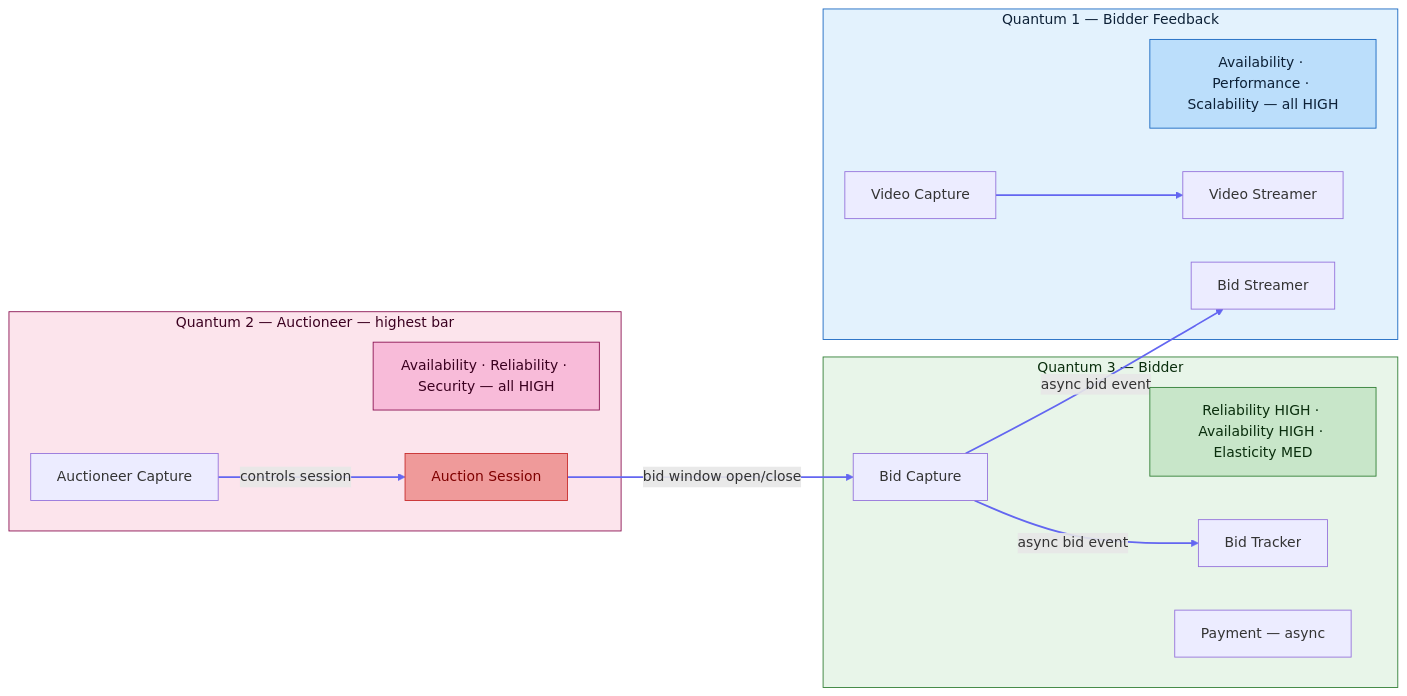
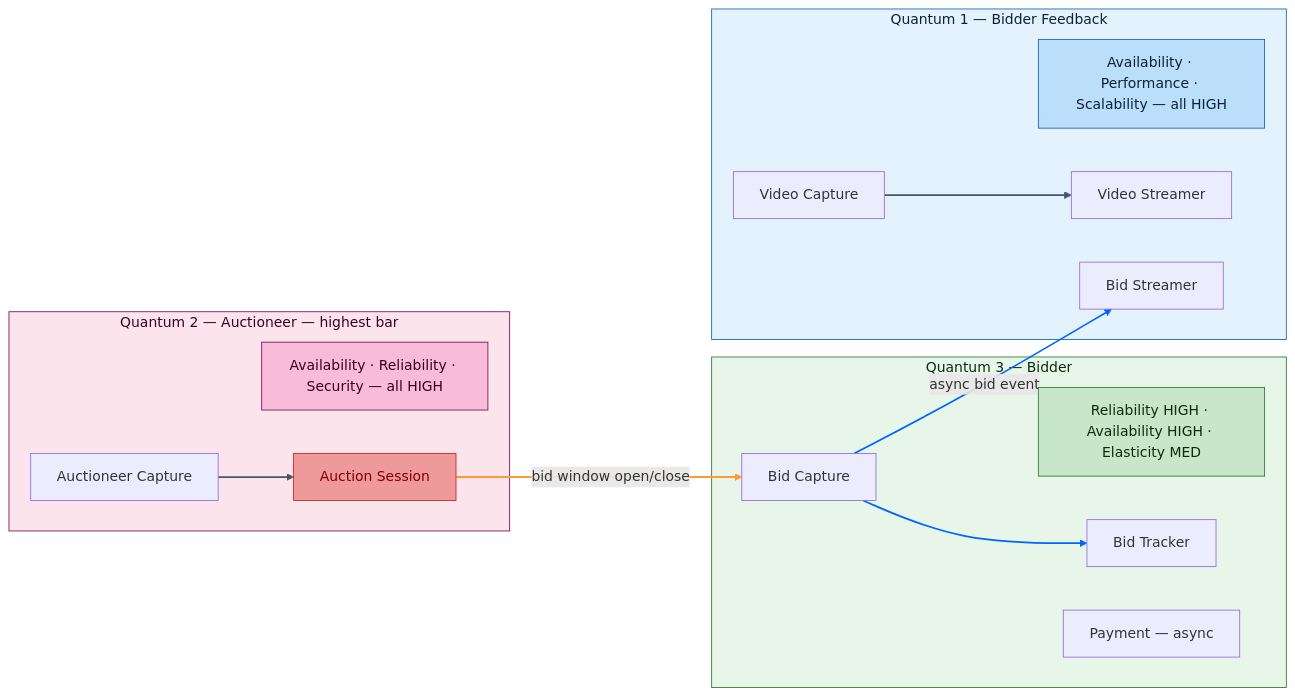
One commit to ozzgio/swbook-labs changed the diagram in books/fundamentals-of-software-architecture/diagrams/04-architecture-quantum.md. Above: the diagram before and after it, drawn with Mermaid. The commit also changed other lines of this file and 4 other files, not shown here.

First line of the commit message:
feat: establish diagram style standard, apply to all diagrams

````diff
--- a/books/fundamentals-of-software-architecture/diagrams/04-architecture-quantum.md
+++ b/books/fundamentals-of-software-architecture/diagrams/04-architecture-quantum.md
@@ -7,38 +7,42 @@
 ```mermaid
 flowchart LR
     subgraph Q2["Quantum 2 — Auctioneer — highest bar"]
         Q2C["Availability · Reliability · Security — all HIGH"]
         AC["Auctioneer Capture"]
         AS["Auction Session"]
     end
 
     subgraph Q3["Quantum 3 — Bidder"]
         Q3C["Reliability HIGH · Availability HIGH · Elasticity MED"]
         BC["Bid Capture"]
         BT["Bid Tracker"]
         PAY["Payment — async"]
     end
 
     subgraph Q1["Quantum 1 — Bidder Feedback"]
         Q1C["Availability · Performance · Scalability — all HIGH"]
         BS["Bid Streamer"]
         VC["Video Capture"]
         VS["Video Streamer"]
     end
 
-    AC -- "controls session" --> AS
+    AC --> AS
     AS -- "bid window open/close" --> BC
-    BC -- "async bid event" --> BT
+    BC --> BT
     BC -- "async bid event" --> BS
     VC --> VS
 
-    linkStyle 0,1,2,3,4 stroke:#6366f1,stroke-width:2px
+    linkStyle 0 stroke:#475569,stroke-width:2px
+    linkStyle 1 stroke:#ff9933,stroke-width:2.5px
+    linkStyle 2 stroke:#0066ff,stroke-width:2px
+    linkStyle 3 stroke:#0066ff,stroke-width:2px
+    linkStyle 4 stroke:#475569,stroke-width:2px
 
     style Q2 fill:#fce4ec,stroke:#880e4f,color:#3b0020
     style Q3 fill:#e8f5e9,stroke:#2e7d32,color:#0a2e0d
     style Q1 fill:#e3f2fd,stroke:#1565c0,color:#0d2137
     style Q2C fill:#f8bbd9,stroke:#880e4f,color:#3b0020
     style Q3C fill:#c8e6c9,stroke:#2e7d32,color:#0a2e0d
     style Q1C fill:#bbdefb,stroke:#1565c0,color:#0d2137
     style AS fill:#ef9a9a,stroke:#c62828,color:#7f0000
 ```
````
